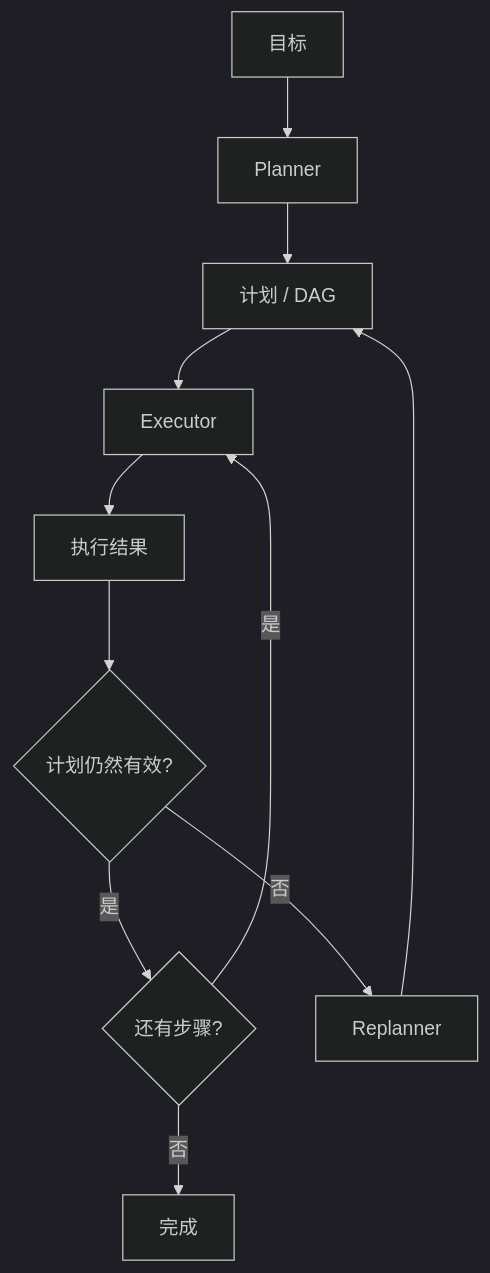
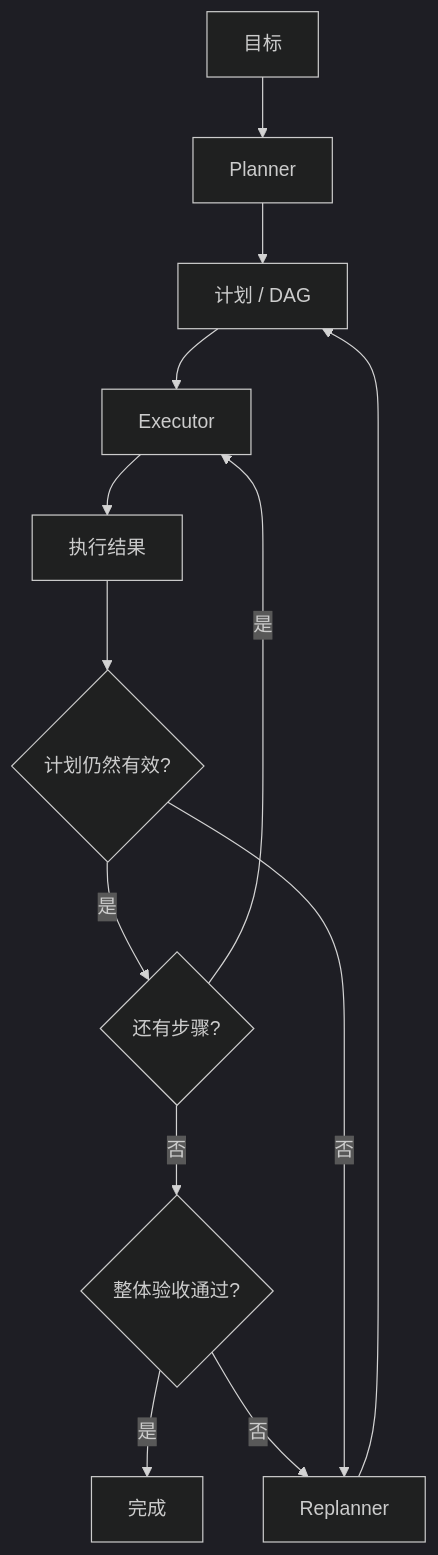
Before and after one commit to oneleaveknowsthefall/awesome-ai-roadmap: the fourth of 10 diagrams in docs/agent/02-reasoning-planning/04-agent-design-patterns.md, drawn with Mermaid (dark theme). The commit also changed other lines of this file and 34 other files, not shown here.

````diff
--- a/docs/agent/02-reasoning-planning/04-agent-design-patterns.md
+++ b/docs/agent/02-reasoning-planning/04-agent-design-patterns.md
@@ -174,13 +167,15 @@
 ```mermaid
 flowchart TB
     G[目标] --> P[Planner]
     P --> PLAN[计划 / DAG]
     PLAN --> E[Executor]
     E --> O[执行结果]
     O --> V{计划仍然有效?}
     V -->|是| N{还有步骤?}
     N -->|是| E
-    N -->|否| DONE[完成]
+    N -->|否| ACCEPT{整体验收通过?}
+    ACCEPT -->|是| DONE[完成]
+    ACCEPT -->|否| RP
     V -->|否| RP[Replanner]
     RP --> PLAN
 ```
````
